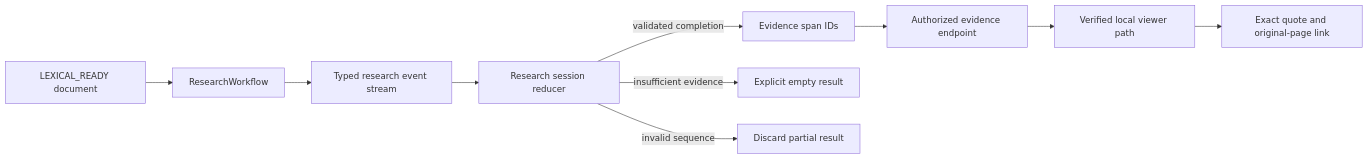
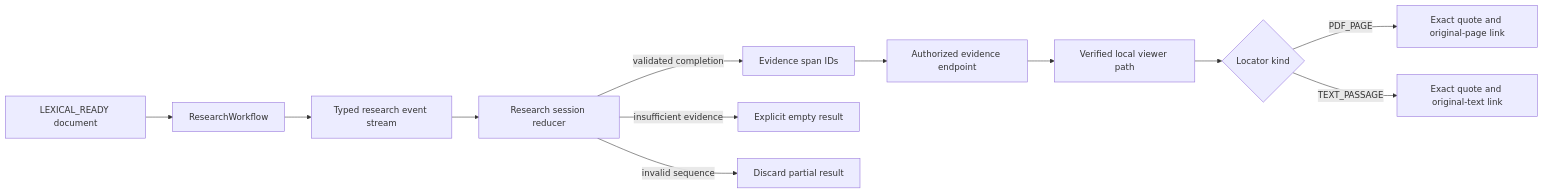
One commit to rnkraus/investment-research changed the third of 3 diagrams in frontend/src/features/archive/README.md. Above: the diagram before and after it, drawn with Mermaid. The commit also changed other lines of this file and 3 other files, not shown here.

First line of the commit message:
docs: document M1 document input flow

````diff
--- a/frontend/src/features/archive/README.md
+++ b/frontend/src/features/archive/README.md
@@ -64,12 +65,14 @@
 ```mermaid
 flowchart LR
     READY[LEXICAL_READY document] --> FORM[ResearchWorkflow]
     FORM --> STREAM[Typed research event stream]
     STREAM --> SESSION[Research session reducer]
     SESSION -->|validated completion| IDS[Evidence span IDs]
     IDS --> RESOLVE[Authorized evidence endpoint]
     RESOLVE --> SAFE[Verified local viewer path]
-    SAFE --> RESULT[Exact quote and original-page link]
+    SAFE --> LOCATOR{Locator kind}
+    LOCATOR -->|PDF_PAGE| PAGE[Exact quote and original-page link]
+    LOCATOR -->|TEXT_PASSAGE| TEXT[Exact quote and original-text link]
     SESSION -->|insufficient evidence| EMPTY[Explicit empty result]
     SESSION -->|invalid sequence| REJECT[Discard partial result]
 ```
````
